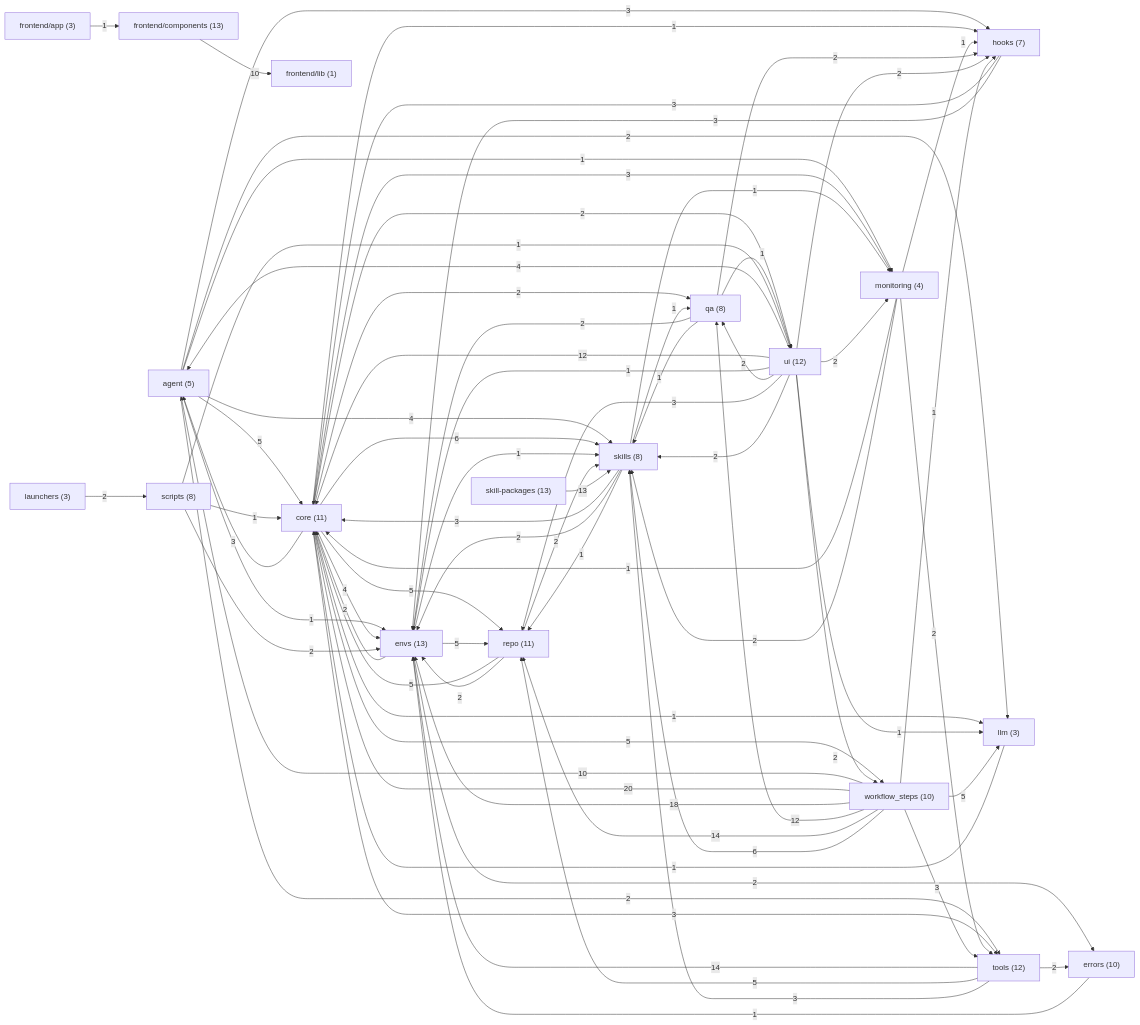
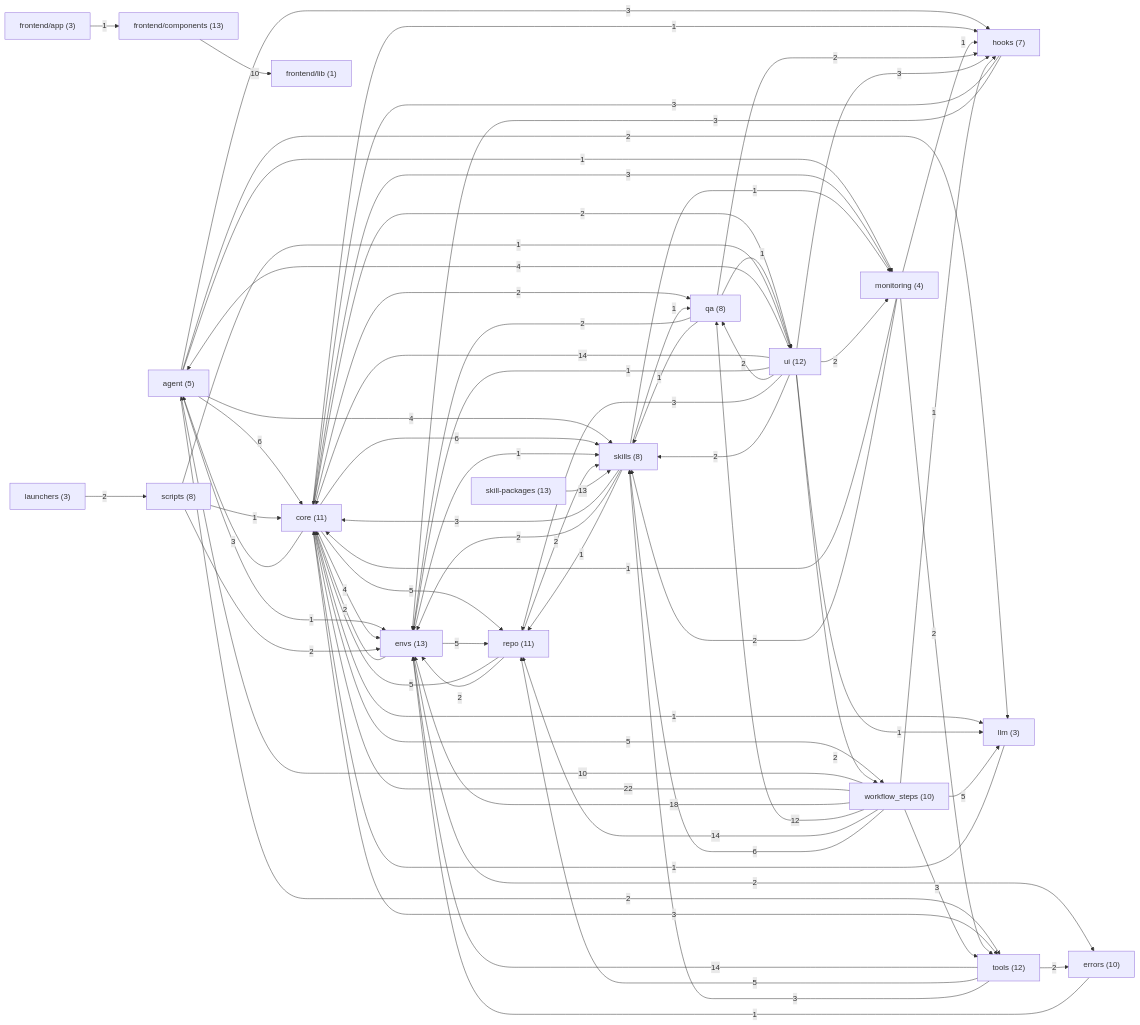
The second of 21 diagrams in docs/ARCHITECTURE_MAP.md (sarveshtalele/maf-harness-testing), drawn with Mermaid before and after one commit. The commit also changed other lines of this file, not shown here.

First line of the commit message:
docs: regenerate architecture map for the current import graph

```diff
--- a/docs/ARCHITECTURE_MAP.md
+++ b/docs/ARCHITECTURE_MAP.md
@@ -78,7 +78,7 @@
   g16["tools (12)"]
   g17["ui (12)"]
   g18["workflow_steps (10)"]
-  g0 -->|5| g1
+  g0 -->|6| g1
   g0 -->|1| g2
   g0 -->|3| g7
   g0 -->|2| g9
@@ -132,9 +132,9 @@
   g16 -->|5| g12
   g16 -->|3| g15
   g17 -->|4| g0
-  g17 -->|12| g1
+  g17 -->|14| g1
   g17 -->|1| g2
-  g17 -->|2| g7
+  g17 -->|3| g7
   g17 -->|1| g9
   g17 -->|2| g10
   g17 -->|2| g11
@@ -142,7 +142,7 @@
   g17 -->|2| g15
   g17 -->|2| g18
   g18 -->|10| g0
-  g18 -->|20| g1
+  g18 -->|22| g1
   g18 -->|18| g2
   g18 -->|1| g7
   g18 -->|5| g9
```
